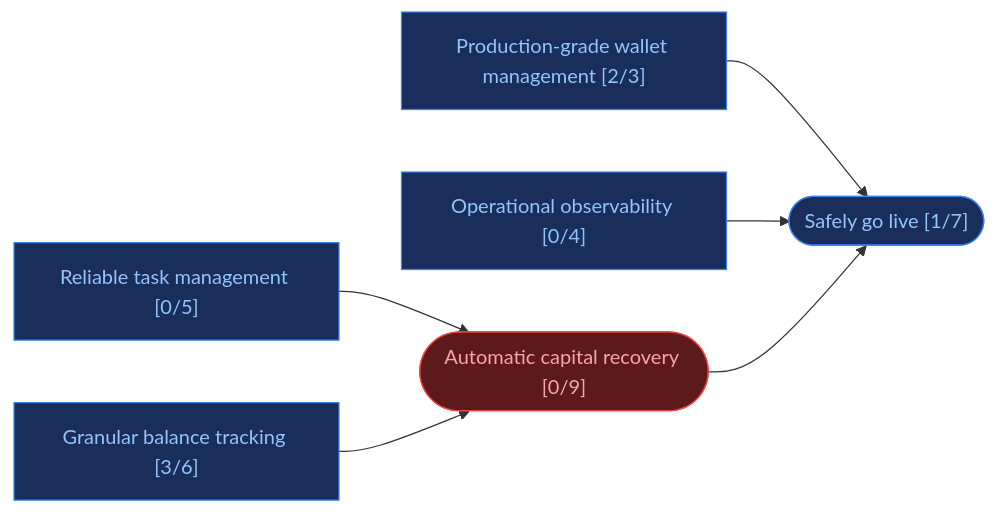
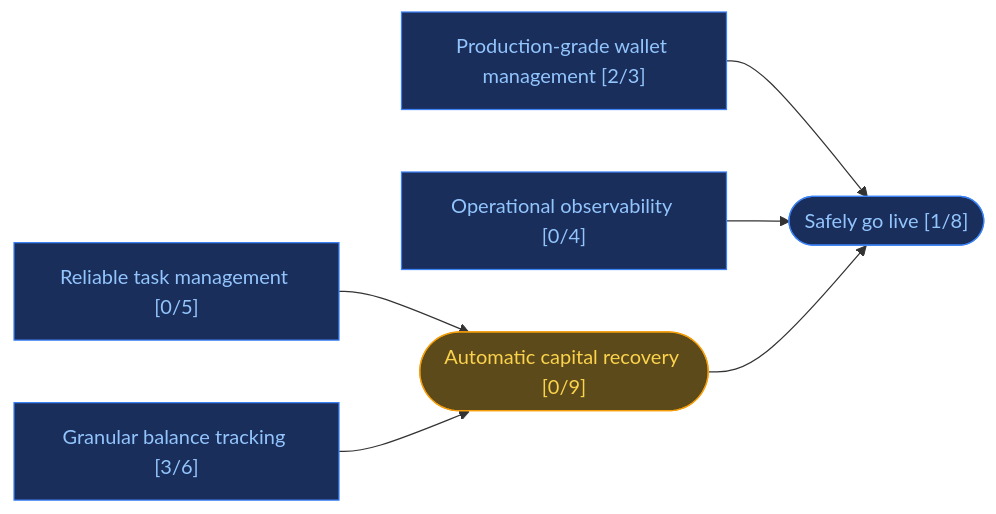
The first of 8 diagrams in ROADMAP.md (ST0x-Technology/st0x.liquidity), drawn with Mermaid before and after one commit. The commit also changed other lines of this file, not shown here.

Commit message:
roadmap: add 'ready' state for stackable dependencies, re-evaluate all graphs

````diff
--- a/ROADMAP.md
+++ b/ROADMAP.md
@@ -38,23 +37,23 @@
 ```mermaid
 graph LR
     classDef wip fill:#1a2e5c,stroke:#3b82f6,color:#93c5fd
     classDef blocked fill:#5c1a1a,stroke:#ef4444,color:#fca5a5
-    classDef todo fill:#5c4a1a,stroke:#f59e0b,color:#fcd34d
+    classDef ready fill:#5c4a1a,stroke:#f59e0b,color:#fcd34d
 
     a["Reliable task management [0/5]"]:::wip
     b["Granular balance tracking [3/6]"]:::wip
     c["Production-grade wallet management [2/3]"]:::wip
     d["Operational observability [0/4]"]:::wip
-    e(["Automatic capital recovery [0/9]"]):::blocked
-    f(["Safely go live [1/7]"]):::wip
+    e(["Automatic capital recovery [0/9]"]):::ready
+    f(["Safely go live [1/8]"]):::wip
 
     a & b --> e
     c & d & e --> f
 
     click e href "https://github.com/ST0x-Technology/st0x.liquidity/blob/master/ROADMAP.md#automatic-capital-recovery"
     click a href "https://github.com/ST0x-Technology/st0x.liquidity/blob/master/ROADMAP.md#reliable-task-management"
     click b href "https://github.com/ST0x-Technology/st0x.liquidity/blob/master/ROADMAP.md#granular-balance-tracking"
     click c href "https://github.com/ST0x-Technology/st0x.liquidity/blob/master/ROADMAP.md#production-grade-wallet-management"
     click d href "https://github.com/ST0x-Technology/st0x.liquidity/blob/master/ROADMAP.md#operational-observability"
     click f href "https://github.com/ST0x-Technology/st0x.liquidity/blob/master/ROADMAP.md#safely-go-live"
 ```
````
